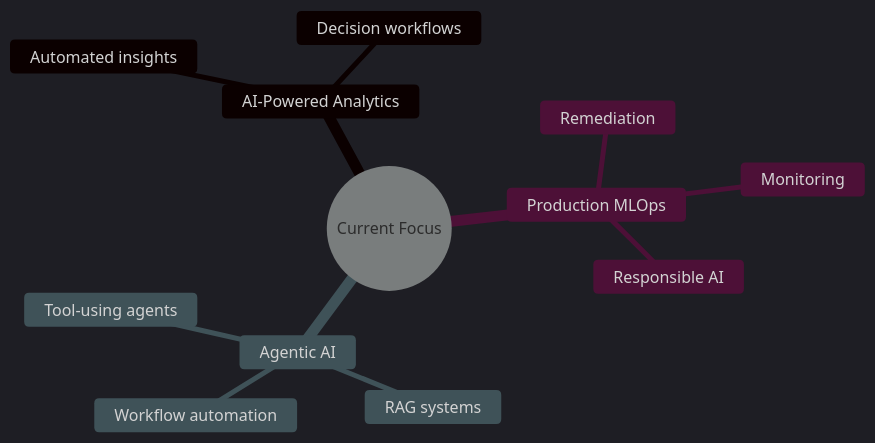
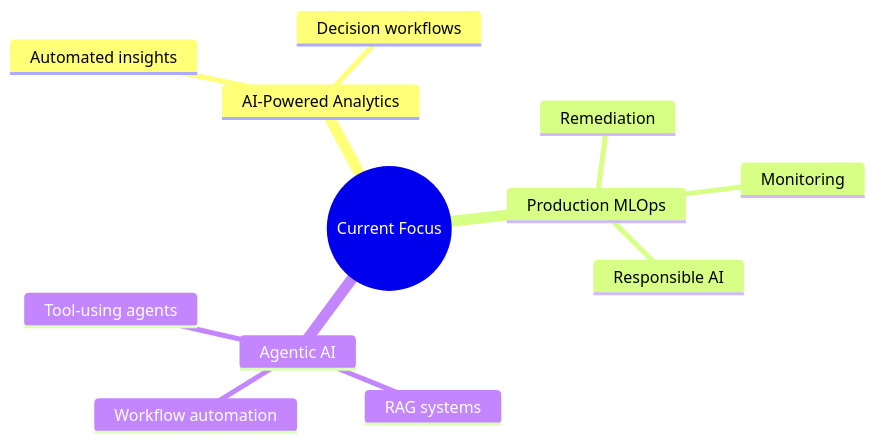
Before and after one commit to jennisha29/jennisha29: the diagram in README.md, drawn with Mermaid. The commit also changed other lines of this file, not shown here.

````diff
--- a/README.md
+++ b/README.md
@@ -309,16 +191,15 @@
 ```mermaid
-%%{init: {'theme':'dark', 'themeVariables': {'primaryColor':'#1e1b4b','primaryTextColor':'#f8fafc','lineColor':'#29B5E8'}}}%%
 mindmap
   root((Current Focus))
     AI-Powered Analytics
       Automated insights
       Decision workflows
     Production MLOps
       Monitoring
       Remediation
       Responsible AI
     Agentic AI
       RAG systems
       Workflow automation
       Tool-using agents
 ```
````
